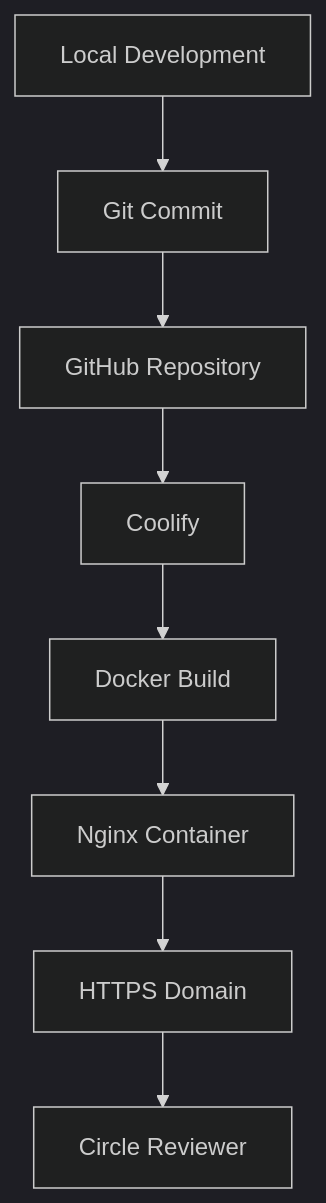
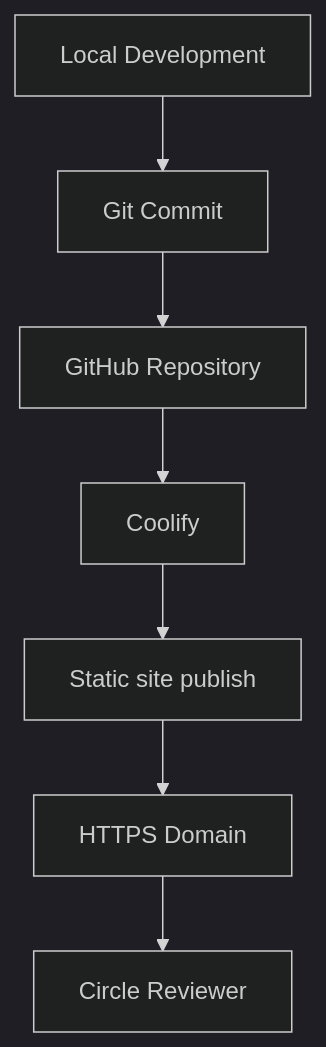
One commit to AdamMomen/usdc-control-plane changed the second of 31 diagrams in architecture.md. Above: the diagram before and after it, drawn with Mermaid (dark theme). The commit also changed other lines of this file and 5 other files, not shown here.

Commit message:
Refactor deployment approach: remove Docker and Nginx configurations, transition to static site hosting with Coolify. Update documentation to reflect changes in architecture and deployment process.

````diff
--- a/architecture.md
+++ b/architecture.md
@@ -57,18 +57,16 @@
 ```mermaid
 flowchart TD
 
 A[Local Development]
 --> B[Git Commit]
 
 B --> C[GitHub Repository]
 
 C --> D[Coolify]
 
-D --> E[Docker Build]
+D --> E[Static site publish]
 
-E --> F[Nginx Container]
-
-F --> G[HTTPS Domain]
+E --> G[HTTPS Domain]
 
 G --> H[Circle Reviewer]
 ```
````
